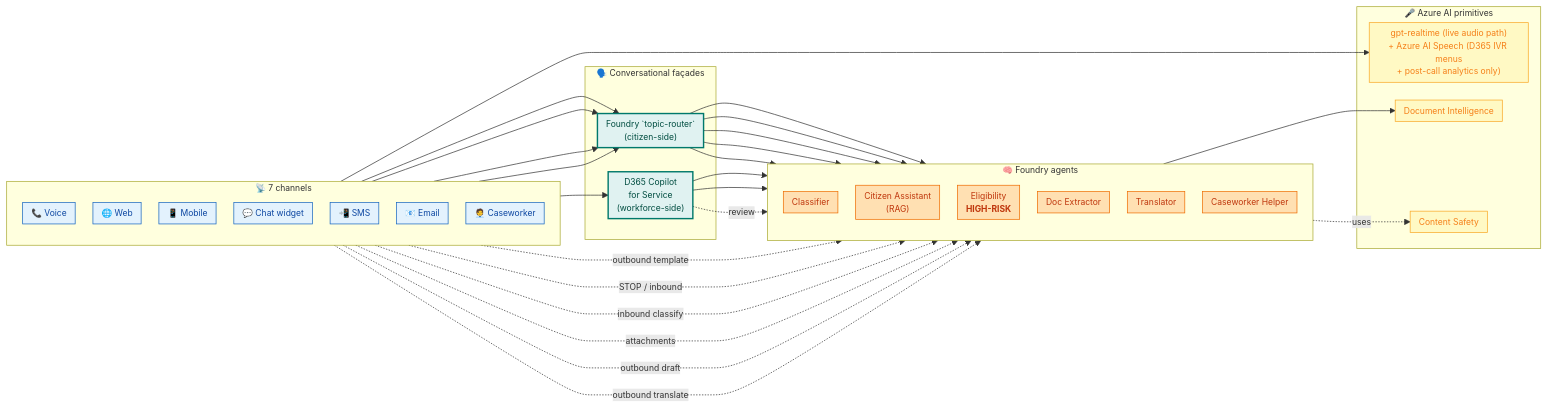
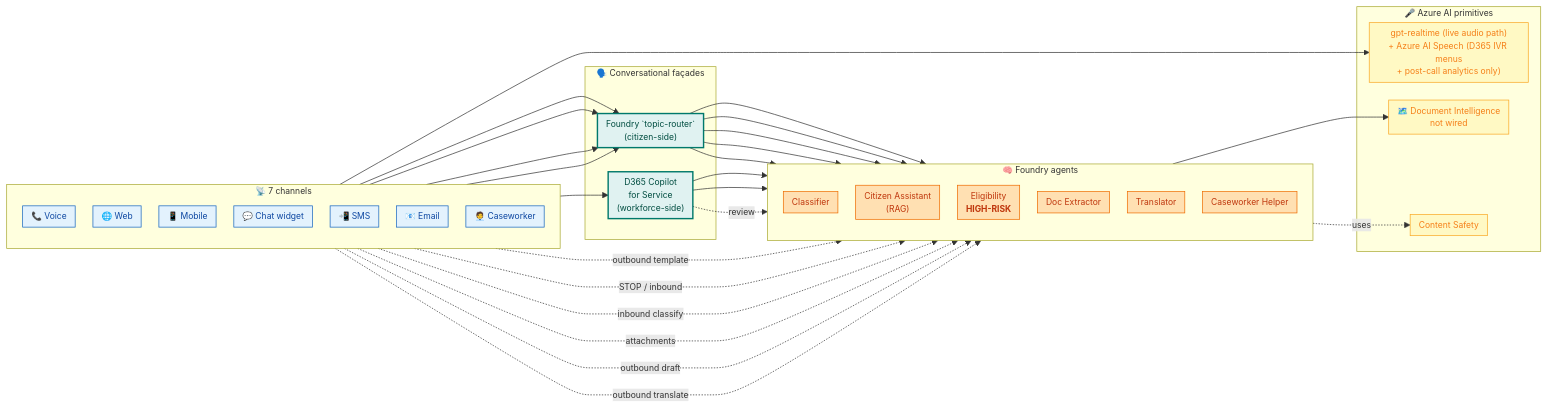
One commit to fredgis/UDCSP changed the fourth of 6 diagrams in docs/biz/ai.md. Above: the diagram before and after it, drawn with Mermaid. The commit also changed other lines of this file and 105 other files, not shown here.

````diff
--- a/docs/biz/ai.md
+++ b/docs/biz/ai.md
@@ -423,71 +427,71 @@
 ```mermaid
 %%{ init: { 'flowchart': { 'nodeSpacing': 25, 'rankSpacing': 35, 'padding': 6 }, 'themeVariables': { 'fontSize': '12px' } } }%%
 flowchart LR
     subgraph CHANNELS["📡 7 channels"]
         direction TB
         VOX["📞 Voice"]
         WEB["🌐 Web"]
         MOB["📱 Mobile"]
         CHT["💬 Chat widget"]
         SMS["📲 SMS"]
         EMA["📧 Email"]
         CWK["🧑‍💼 Caseworker"]
     end
 
     subgraph FACADE["🗣️ Conversational façades"]
         CS["Foundry `topic-router`<br/>(citizen-side)"]
         D365CS["D365 Copilot<br/>for Service<br/>(workforce-side)"]
     end
 
     subgraph BRAIN["🧠 Foundry agents"]
         direction TB
         CLS["Classifier"]
         AST["Citizen Assistant<br/>(RAG)"]
         ELI["Eligibility<br/><b>HIGH-RISK</b>"]
         DOC["Doc Extractor"]
         TRA["Translator"]
         CWH["Caseworker Helper"]
     end
 
     subgraph AIPRIM["🎤 Azure AI primitives"]
         SPK["gpt-realtime (live audio path)<br/>+ Azure AI Speech (D365 IVR menus<br/>+ post-call analytics only)"]
-        DI["Document Intelligence"]
+        DI["🗺️ Document Intelligence<br/>not wired"]
         SAFE["Content Safety"]
     end
 
     VOX --> SPK
     VOX --> CS
     WEB --> CS
     MOB --> CS
     CHT --> CS
     CS --> CLS
     CS --> AST
     CS --> ELI
     CS --> DOC
     CS --> TRA
 
     SMS -. "outbound template" .-> TRA
     SMS -. "STOP / inbound" .-> CLS
     EMA -. "inbound classify" .-> CLS
     EMA -. "attachments" .-> DOC
     EMA -. "outbound draft" .-> CWH
     EMA -. "outbound translate" .-> TRA
 
     CWK --> D365CS
     D365CS --> CWH
     D365CS --> TRA
     D365CS -. "review" .-> ELI
 
     BRAIN -. "uses" .-> SAFE
     DOC --> DI
 
     classDef chan fill:#E3F2FD,stroke:#1565C0,color:#0D47A1
     classDef facade fill:#E0F2F1,stroke:#00796B,color:#004D40,stroke-width:2px
     classDef brain fill:#FFE0B2,stroke:#EF6C00,color:#BF360C
     classDef prim fill:#FFF9C4,stroke:#F9A825,color:#F57F17
 
     class VOX,WEB,MOB,CHT,SMS,EMA,CWK chan
     class CS,D365CS facade
     class CLS,AST,ELI,DOC,TRA,CWH brain
     class SPK,DI,SAFE prim
 ```
````
